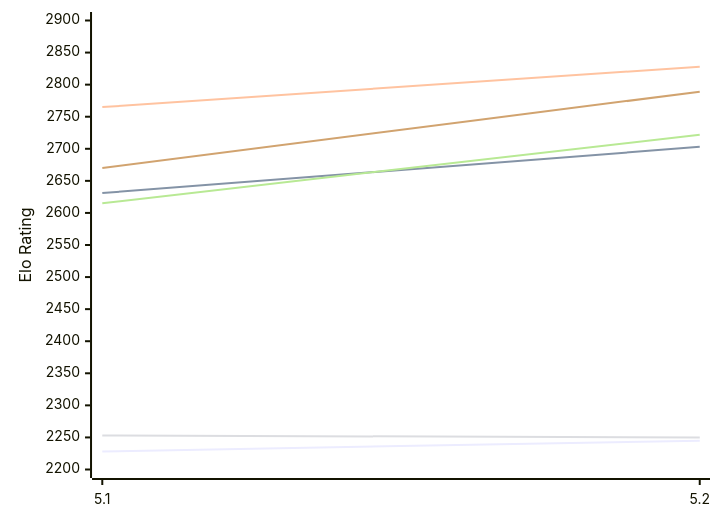
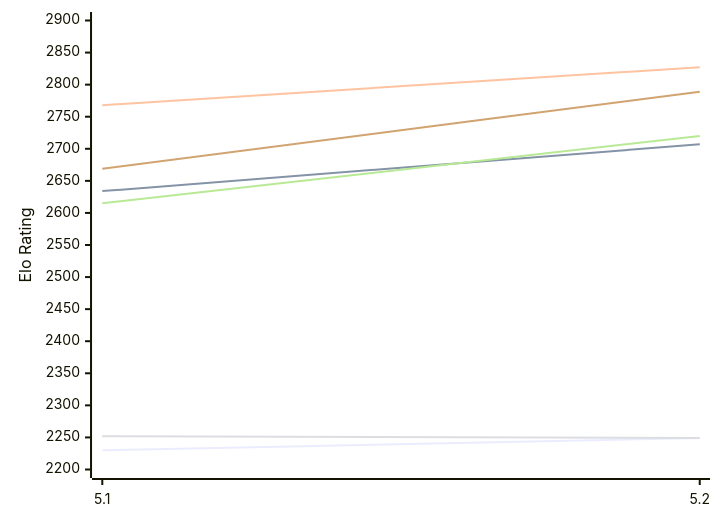
The first of 2 diagrams in engines/Dorky.md (computer-chess-index/cci), drawn with Mermaid before and after one commit. The commit also changed other lines of this file, not shown here.

Commit message:
Update CCI Ratings (ELO VLTC) - 2026-11-22

````diff
--- a/engines/Dorky.md
+++ b/engines/Dorky.md
@@ -50,12 +50,12 @@
 ```mermaid
 %%{init: {"theme":"base","themeVariables":{"seriesColors:['#a3a3a3','#222221','#faa371']}}}%%
 xychart-beta
   x-axis ["5.1", "5.2"]
   y-axis "Elo Rating" 2200 --> 2900
-  line "E1: STC (8.0+0.08s)" [2228, 2245]
-  line "E1: LTC (60.0+0.60s)" [2631, 2703]
-  line "E1: VLTC (2m24s+1.12s)" [2765, 2828]
-  line "P1: STC (8.0+0.08s)" [2253, 2250]
-  line "P1: LTC (60.0+0.60s)" [2615, 2722]
-  line "P1: VLTC (2m24s+1.12s)" [2670, 2789]
+  line "E1: STC (8.0+0.08s)" [2230, 2249]
+  line "E1: LTC (60.0+0.60s)" [2634, 2707]
+  line "E1: VLTC (2m24s+1.12s)" [2768, 2827]
+  line "P1: STC (8.0+0.08s)" [2252, 2249]
+  line "P1: LTC (60.0+0.60s)" [2615, 2720]
+  line "P1: VLTC (2m24s+1.12s)" [2669, 2789]
 ```
````
